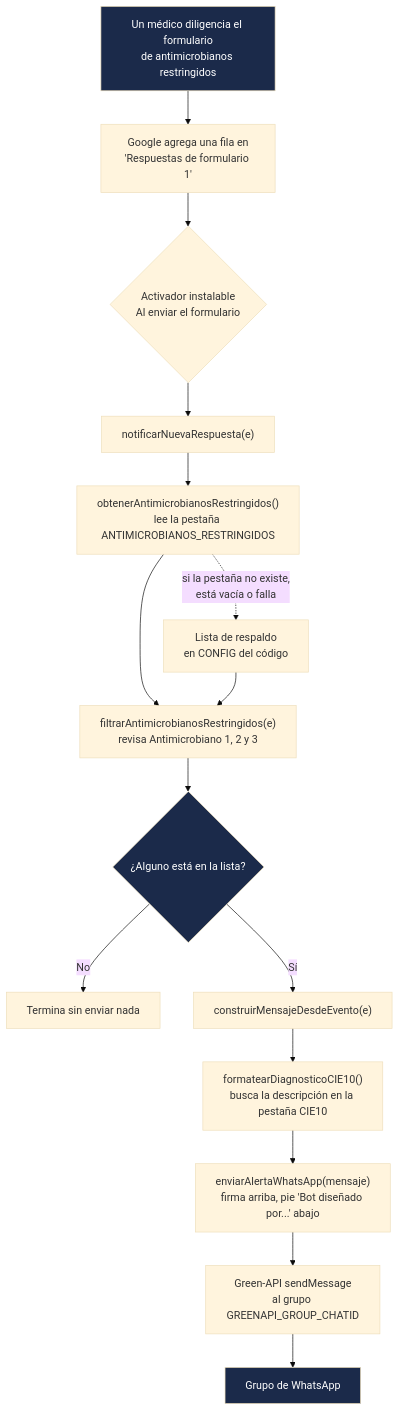
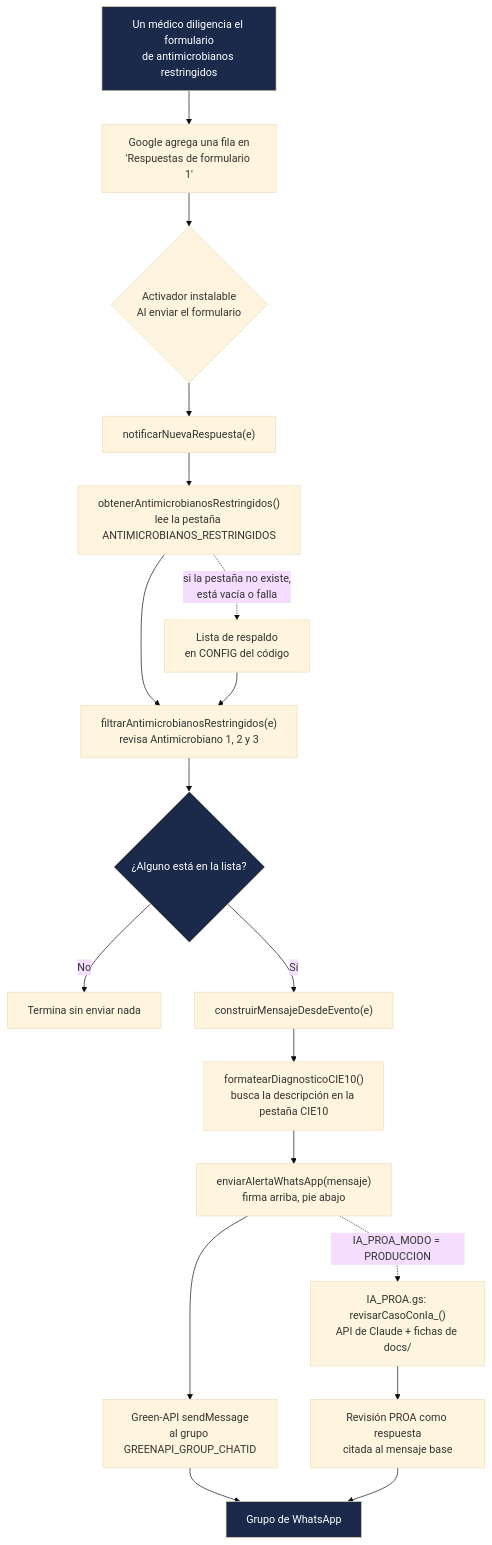
The diagram in README.md (jsaavedran1-glitch/alertas-whatsapp-antimicrobianos), drawn with Mermaid (base theme) before and after one commit. The commit also changed other lines of this file and 6 other files, not shown here.

First line of the commit message:
Revisión PROA asistida por IA, encabezado CAZ-AVI y ajuste renal sin DepCr

````diff
--- a/README.md
+++ b/README.md
@@ -16,21 +16,24 @@
 ```mermaid
 flowchart TD
     A["Un médico diligencia el formulario<br/>de antimicrobianos restringidos"] --> B["Google agrega una fila en<br/>'Respuestas de formulario 1'"]
     B --> C{"Activador instalable<br/>Al enviar el formulario"}
     C --> D["notificarNuevaRespuesta(e)"]
     D --> E["obtenerAntimicrobianosRestringidos()<br/>lee la pestaña ANTIMICROBIANOS_RESTRINGIDOS"]
     E -. "si la pestaña no existe,<br/>está vacía o falla" .-> E2["Lista de respaldo<br/>en CONFIG del código"]
     E --> F["filtrarAntimicrobianosRestringidos(e)<br/>revisa Antimicrobiano 1, 2 y 3"]
     E2 --> F
     F --> G{"¿Alguno está en la lista?"}
     G -- No --> H["Termina sin enviar nada"]
     G -- Sí --> I["construirMensajeDesdeEvento(e)"]
     I --> J["formatearDiagnosticoCIE10()<br/>busca la descripción en la pestaña CIE10"]
-    J --> K["enviarAlertaWhatsApp(mensaje)<br/>firma arriba, pie 'Bot diseñado por...' abajo"]
+    J --> K["enviarAlertaWhatsApp(mensaje)<br/>firma arriba, pie abajo"]
     K --> L["Green-API sendMessage<br/>al grupo GREENAPI_GROUP_CHATID"]
     L --> M["Grupo de WhatsApp"]
+    K -. "IA_PROA_MODO = PRODUCCION" .-> N["IA_PROA.gs: revisarCasoConIa_()<br/>API de Claude + fichas de docs/"]
+    N --> O["Revisión PROA como respuesta<br/>citada al mensaje base"]
+    O --> M
 
     style A fill:#1b2a4a,color:#fff
     style G fill:#1b2a4a,color:#fff
     style M fill:#1b2a4a,color:#fff
 ```
````
